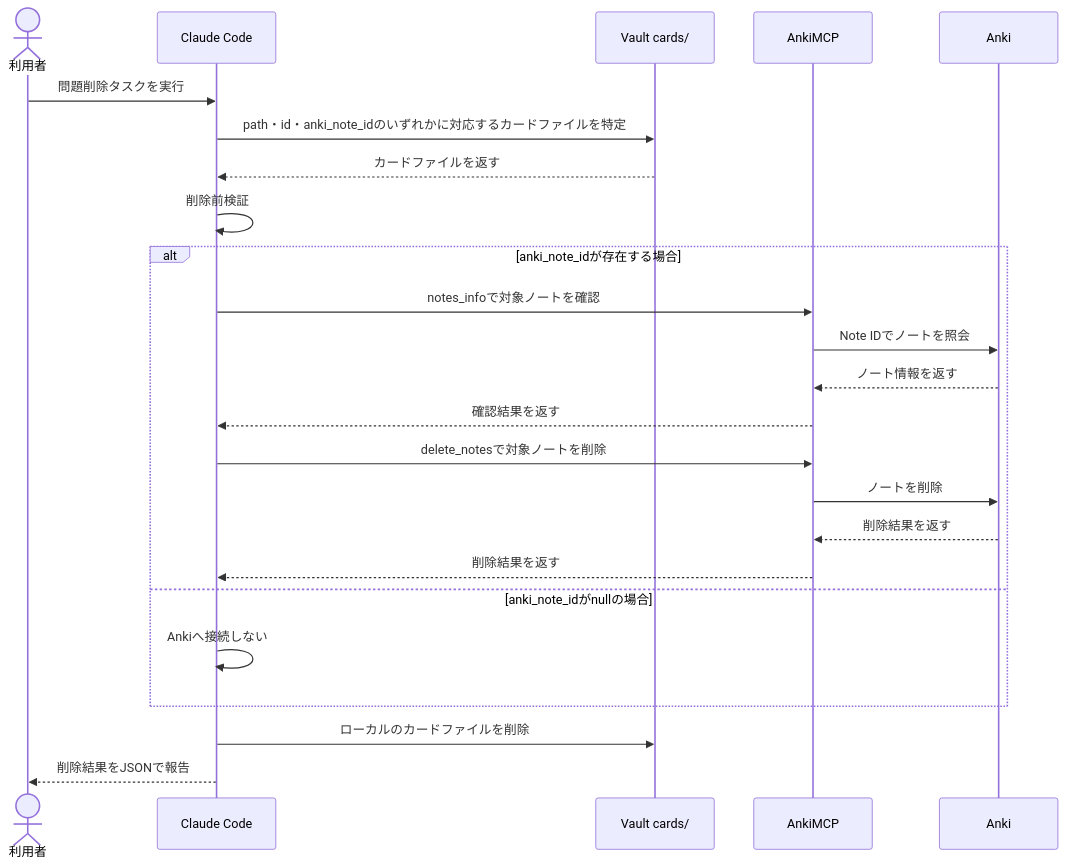
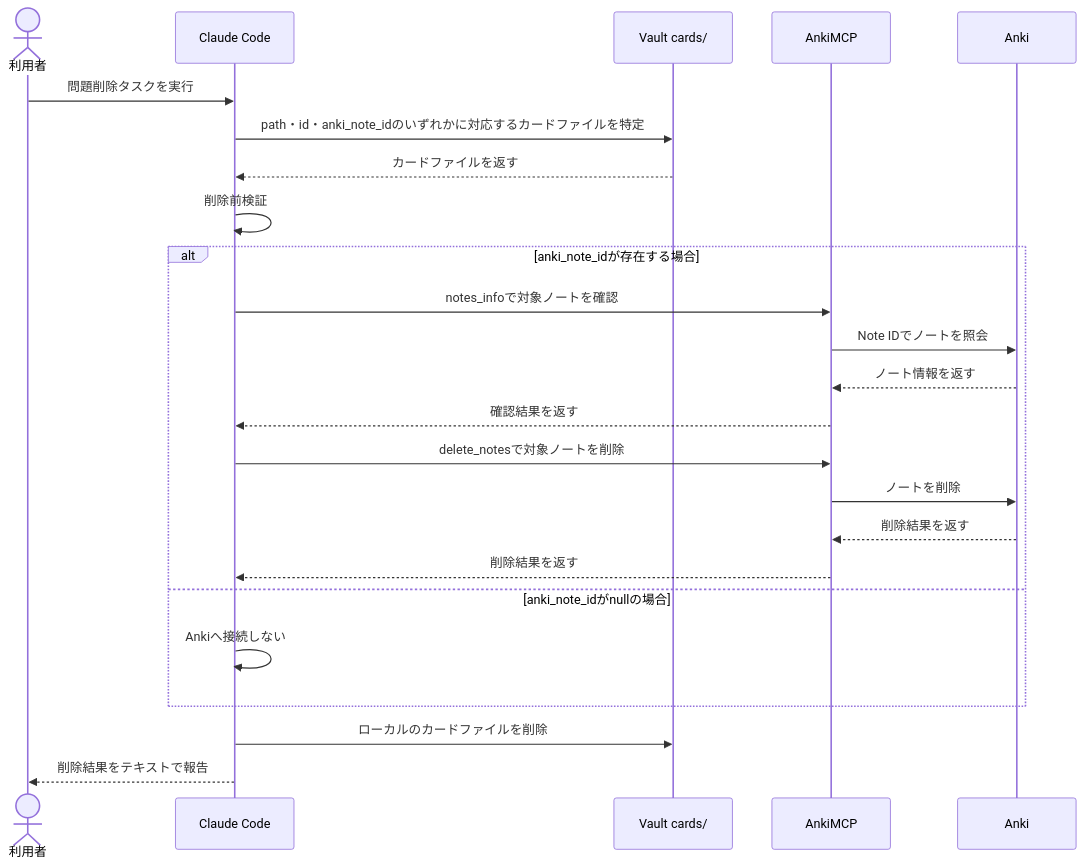
The fifth of 5 diagrams in .claude/doc/flashcard_workflow_spec.md (jun-tech-forge/obsidian-repository), drawn with Mermaid before and after one commit. The commit also changed other lines of this file and 5 other files, not shown here.

````diff
--- a/.claude/doc/flashcard_workflow_spec.md
+++ b/.claude/doc/flashcard_workflow_spec.md
@@ -1301,27 +1301,27 @@
 ```mermaid
 sequenceDiagram
     actor User as 利用者
     participant CC as Claude Code
     participant C as Vault cards/
     participant M as AnkiMCP
     participant A as Anki
 
     User->>CC: 問題削除タスクを実行
     CC->>C: path・id・anki_note_idのいずれかに対応するカードファイルを特定
     C-->>CC: カードファイルを返す
     CC->>CC: 削除前検証
     alt anki_note_idが存在する場合
         CC->>M: notes_infoで対象ノートを確認
         M->>A: Note IDでノートを照会
         A-->>M: ノート情報を返す
         M-->>CC: 確認結果を返す
         CC->>M: delete_notesで対象ノートを削除
         M->>A: ノートを削除
         A-->>M: 削除結果を返す
         M-->>CC: 削除結果を返す
     else anki_note_idがnullの場合
         CC->>CC: Ankiへ接続しない
     end
     CC->>C: ローカルのカードファイルを削除
-    CC-->>User: 削除結果をJSONで報告
+    CC-->>User: 削除結果をテキストで報告
 ```
````
